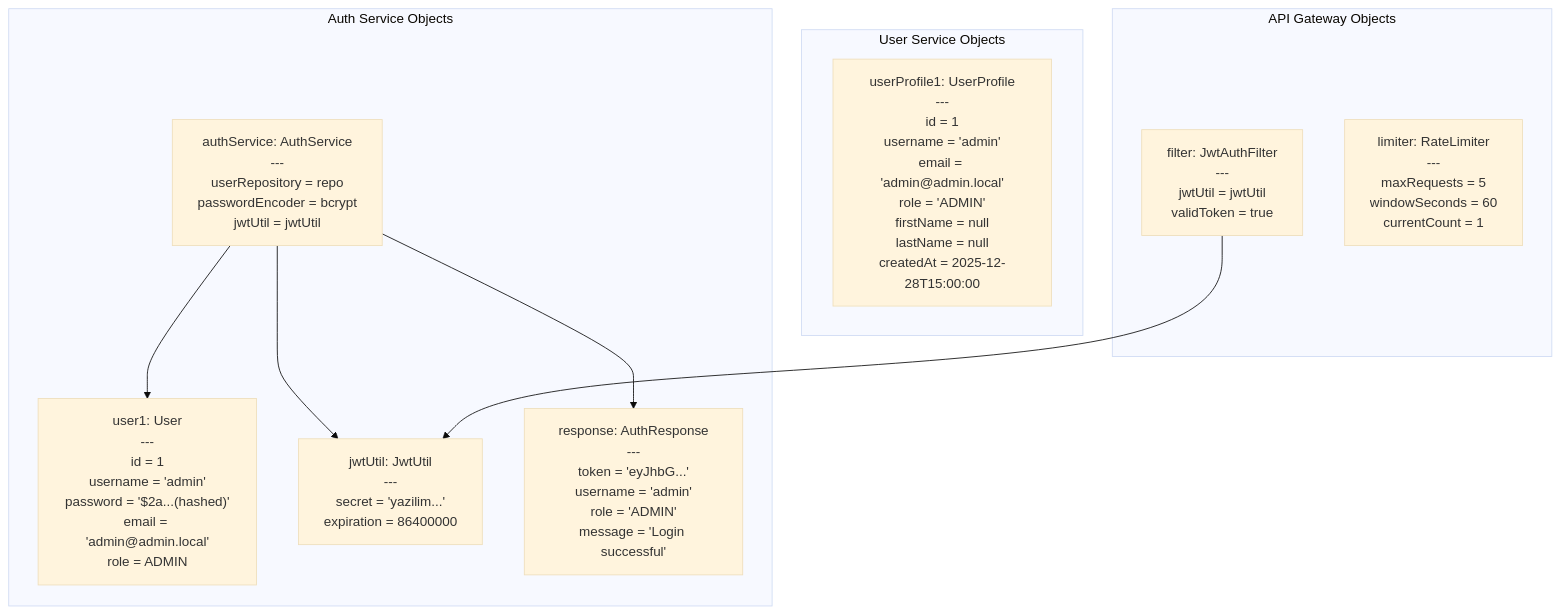
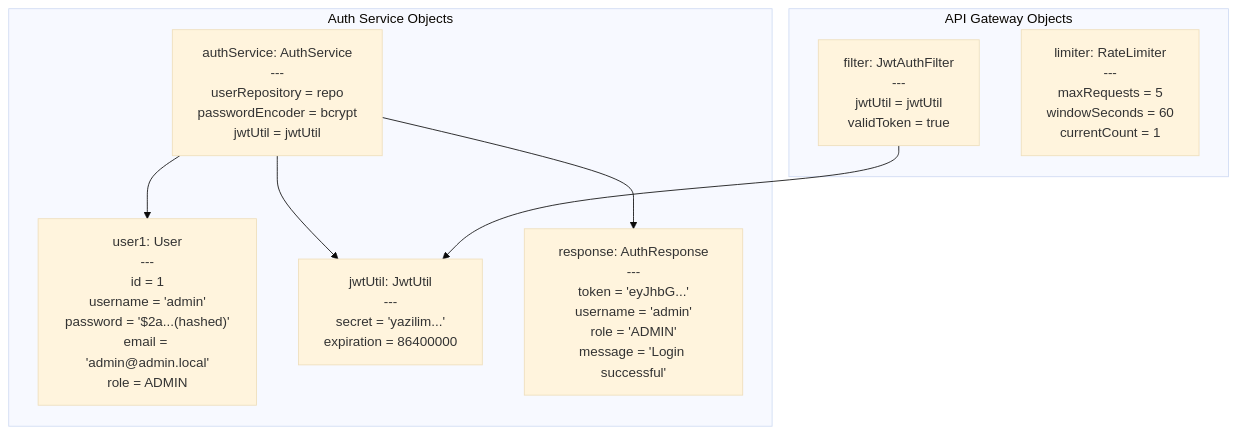
Before and after one commit to Teknowm3/Spring-Boot-Mikroservis-Projesi: the diagram in docs/object-diagrams/object-diagram-admin-login.mmd, drawn with Mermaid (base theme). The commit also changed 20 other files, not shown here.

```diff
--- a/docs/object-diagrams/object-diagram-admin-login.mmd
+++ b/docs/object-diagrams/object-diagram-admin-login.mmd
@@ -1,25 +1,21 @@
 graph TB
     subgraph "Auth Service Objects"
         user1["user1: User<br/>---<br/>id = 1<br/>username = 'admin'<br/>password = '$2a...(hashed)'<br/>email = 'admin@admin.local'<br/>role = ADMIN"]
         
         authService1["authService: AuthService<br/>---<br/>userRepository = repo<br/>passwordEncoder = bcrypt<br/>jwtUtil = jwtUtil"]
         
         jwtUtil1["jwtUtil: JwtUtil<br/>---<br/>secret = 'yazilim...'<br/>expiration = 86400000"]
         
         authResponse1["response: AuthResponse<br/>---<br/>token = 'eyJhbG...'<br/>username = 'admin'<br/>role = 'ADMIN'<br/>message = 'Login successful'"]
-    end
-
-    subgraph "User Service Objects"
-        userProfile1["userProfile1: UserProfile<br/>---<br/>id = 1<br/>username = 'admin'<br/>email = 'admin@admin.local'<br/>role = 'ADMIN'<br/>firstName = null<br/>lastName = null<br/>createdAt = 2025-12-28T15:00:00"]
     end
 
     subgraph "API Gateway Objects"
         jwtFilter["filter: JwtAuthFilter<br/>---<br/>jwtUtil = jwtUtil<br/>validToken = true"]
         
         rateLimiter["limiter: RateLimiter<br/>---<br/>maxRequests = 5<br/>windowSeconds = 60<br/>currentCount = 1"]
     end
 
     authService1 --> user1
     authService1 --> jwtUtil1
     authService1 --> authResponse1
     jwtFilter --> jwtUtil1
```
